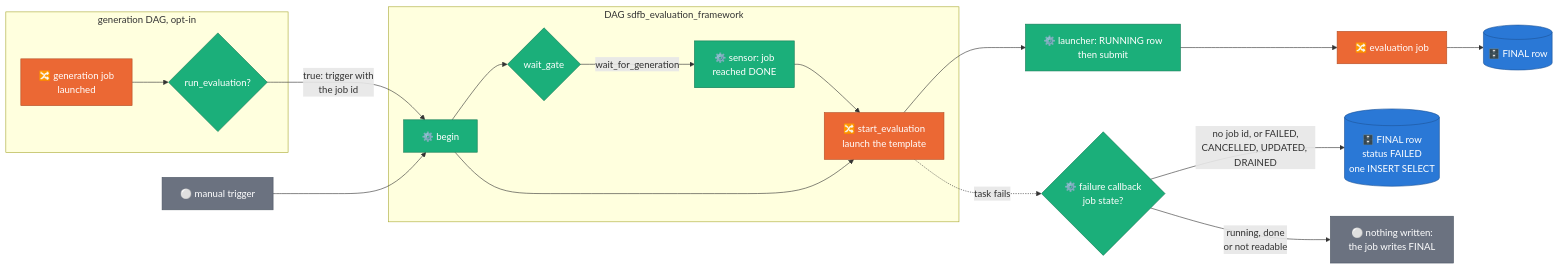
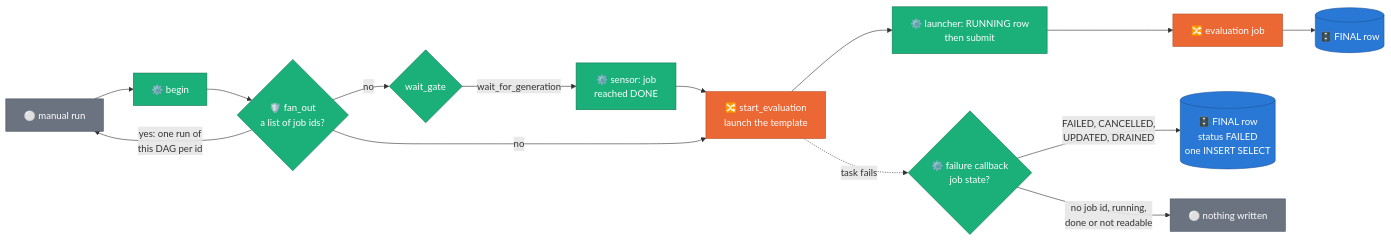
Before and after one commit to albertols/synthetic-llm-dataflow-bigquery: diagram 29 of 30 in docs/designs/2026-07-07-evaluation-framework-design.md, drawn with Mermaid. The commit also changed other lines of this file and 11 other files, not shown here.

First line of the commit message:
wip(evaluation): Task 35 — documents: one image, one template, the chain in the generation DAG

````diff
--- a/docs/designs/2026-07-07-evaluation-framework-design.md
+++ b/docs/designs/2026-07-07-evaluation-framework-design.md
@@ -2076,22 +2183,17 @@
 ```mermaid
 flowchart LR
   classDef beam  fill:#eb6834,color:#fff,stroke:#b44f26
   classDef cpu   fill:#1baf7a,color:#fff,stroke:#127a55
   classDef store fill:#2a78d6,color:#fff,stroke:#1d5599
   classDef data  fill:#6b7280,color:#fff,stroke:#4b5563
 
-  subgraph GEN["generation DAG, opt-in"]
-    G1["🔀 generation job<br/>launched"]:::beam --> G2{"run_evaluation?"}:::cpu
-  end
-  subgraph EV["DAG sdfb_evaluation_framework"]
-    B["⚙️ begin"]:::cpu --> W{"wait_gate"}:::cpu
-    W -- "wait_for_generation" --> S["⚙️ sensor: job<br/>reached DONE"]:::cpu --> ST
-    B --> ST["🔀 start_evaluation<br/>launch the template"]:::beam
-  end
-  G2 -- "true: trigger with<br/>the job id" --> B
+  M["⚪ manual run"]:::data --> B["⚙️ begin"]:::cpu --> FO{"🛡️ fan_out<br/>a list of job ids?"}:::cpu
+  FO -- "yes: one run of<br/>this DAG per id" --> M
+  FO -- "no" --> W{"wait_gate"}:::cpu
+  W -- "wait_for_generation" --> S["⚙️ sensor: job<br/>reached DONE"]:::cpu --> ST
+  FO -- "no" --> ST["🔀 start_evaluation<br/>launch the template"]:::beam
   ST --> L["⚙️ launcher: RUNNING row<br/>then submit"]:::cpu --> JOB["🔀 evaluation job"]:::beam --> FIN[("🗄️ FINAL row")]:::store
   ST -. "task fails" .-> CB{"⚙️ failure callback<br/>job state?"}:::cpu
-  CB -- "no job id, or FAILED,<br/>CANCELLED, UPDATED, DRAINED" --> FAILED[("🗄️ FINAL row<br/>status FAILED<br/>one INSERT SELECT")]:::store
-  CB -- "running, done<br/>or not readable" --> OPEN["⚪ nothing written:<br/>the job writes FINAL"]:::data
-  M["⚪ manual trigger"]:::data --> B
+  CB -- "FAILED, CANCELLED,<br/>UPDATED, DRAINED" --> FAILED[("🗄️ FINAL row<br/>status FAILED<br/>one INSERT SELECT")]:::store
+  CB -- "no job id, running,<br/>done or not readable" --> OPEN["⚪ nothing written"]:::data
 ```
````
